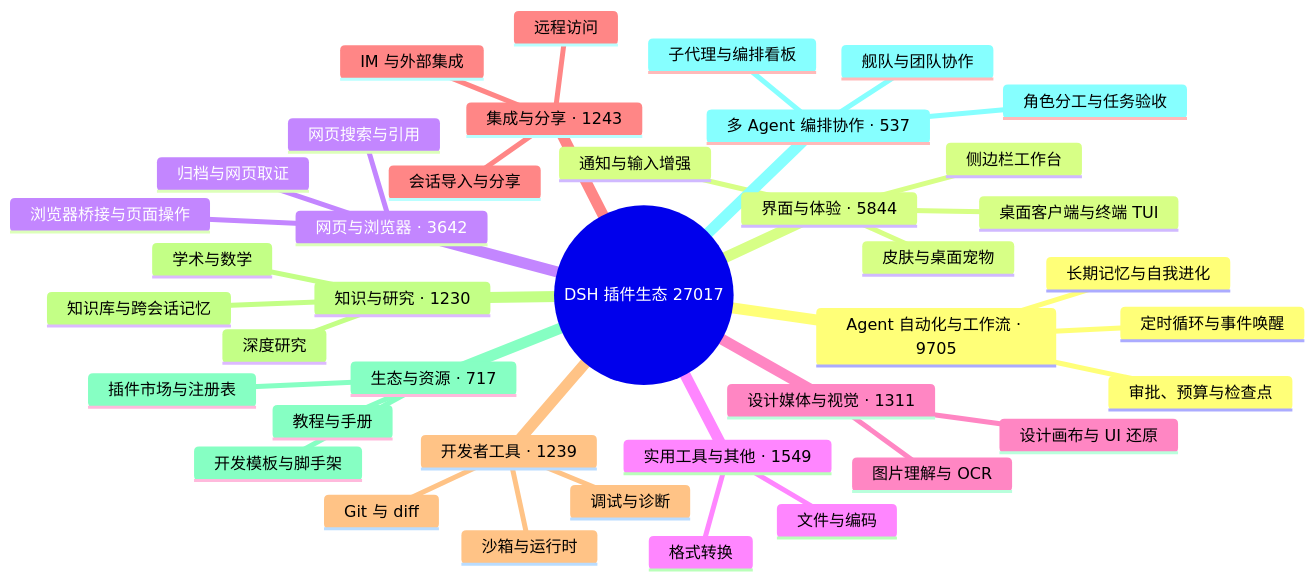
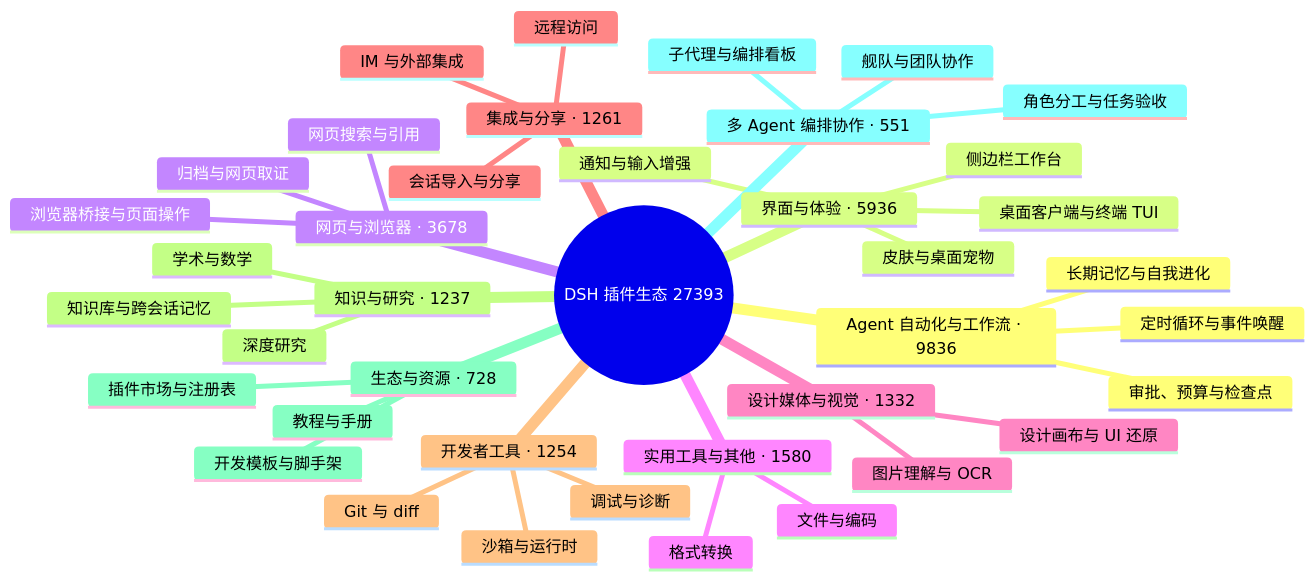
One commit to bruc3van/awesome-dsh-plugin changed the diagram in README.md. Above: the diagram before and after it, drawn with Mermaid. The commit also changed other lines of this file and 28 other files, not shown here.

````diff
--- a/README.md
+++ b/README.md
@@ -32,43 +32,43 @@
 ```mermaid
 mindmap
-  root((DSH 插件生态 27017))
-    Agent 自动化与工作流 · 9705
+  root((DSH 插件生态 27393))
+    Agent 自动化与工作流 · 9836
       定时循环与事件唤醒
       长期记忆与自我进化
       审批、预算与检查点
-    界面与体验 · 5844
+    界面与体验 · 5936
       桌面客户端与终端 TUI
       侧边栏工作台
       皮肤与桌面宠物
       通知与输入增强
-    网页与浏览器 · 3642
+    网页与浏览器 · 3678
       浏览器桥接与页面操作
       网页搜索与引用
       归档与网页取证
-    实用工具与其他 · 1549
+    实用工具与其他 · 1580
       文件与编码
       格式转换
-    设计媒体与视觉 · 1311
+    设计媒体与视觉 · 1332
       图片理解与 OCR
       设计画布与 UI 还原
-    集成与分享 · 1243
+    集成与分享 · 1261
       会话导入与分享
       远程访问
       IM 与外部集成
-    开发者工具 · 1239
+    开发者工具 · 1254
       Git 与 diff
       沙箱与运行时
       调试与诊断
-    知识与研究 · 1230
+    知识与研究 · 1237
       知识库与跨会话记忆
       深度研究
       学术与数学
-    生态与资源 · 717
+    生态与资源 · 728
       插件市场与注册表
       开发模板与脚手架
       教程与手册
-    多 Agent 编排协作 · 537
+    多 Agent 编排协作 · 551
       子代理与编排看板
       舰队与团队协作
       角色分工与任务验收
 ```
````
